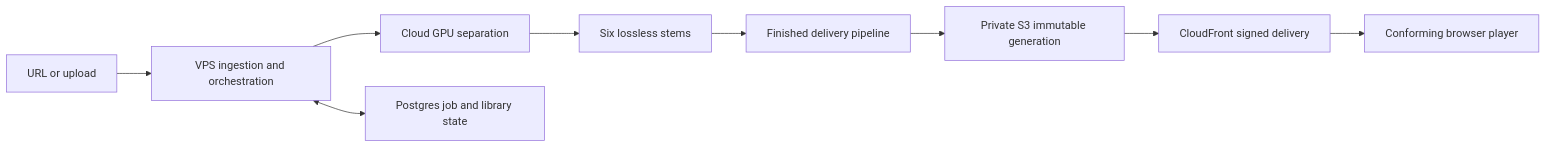
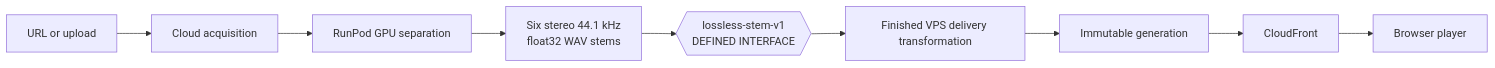
One commit to mdc159/shizzle changed the first of 2 diagrams in docs/superpowers/specs/2026-08-02-shizzle-cloud-karaoke-design.md. Above: the diagram before and after it, drawn with Mermaid. The commit also changed other lines of this file and 14 other files, not shown here.

First line of the commit message:
Document the lossless-stem-v1 RunPod-to-VPS handoff interface.

````diff
--- a/docs/superpowers/specs/2026-08-02-shizzle-cloud-karaoke-design.md
+++ b/docs/superpowers/specs/2026-08-02-shizzle-cloud-karaoke-design.md
@@ -42,11 +17,11 @@
 ```mermaid
 flowchart LR
-    S["URL or upload"] --> A["VPS ingestion and orchestration"]
-    A --> G["Cloud GPU separation"]
-    G --> L["Six lossless stems"]
-    L --> P["Finished delivery pipeline"]
-    P --> O["Private S3 immutable generation"]
-    O --> C["CloudFront signed delivery"]
-    C --> B["Conforming browser player"]
-    A <--> D["Postgres job and library state"]
+    S["URL or upload"] --> A["Cloud acquisition"]
+    A --> G["RunPod GPU separation"]
+    G --> L["Six stereo 44.1 kHz<br/>float32 WAV stems"]
+    L --> H{{"lossless-stem-v1<br/>DEFINED INTERFACE"}}
+    H --> P["Finished VPS delivery transformation"]
+    P --> O["Immutable generation"]
+    O --> C["CloudFront"]
+    C --> B["Browser player"]
 ```
````
